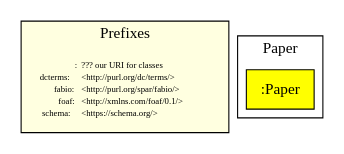
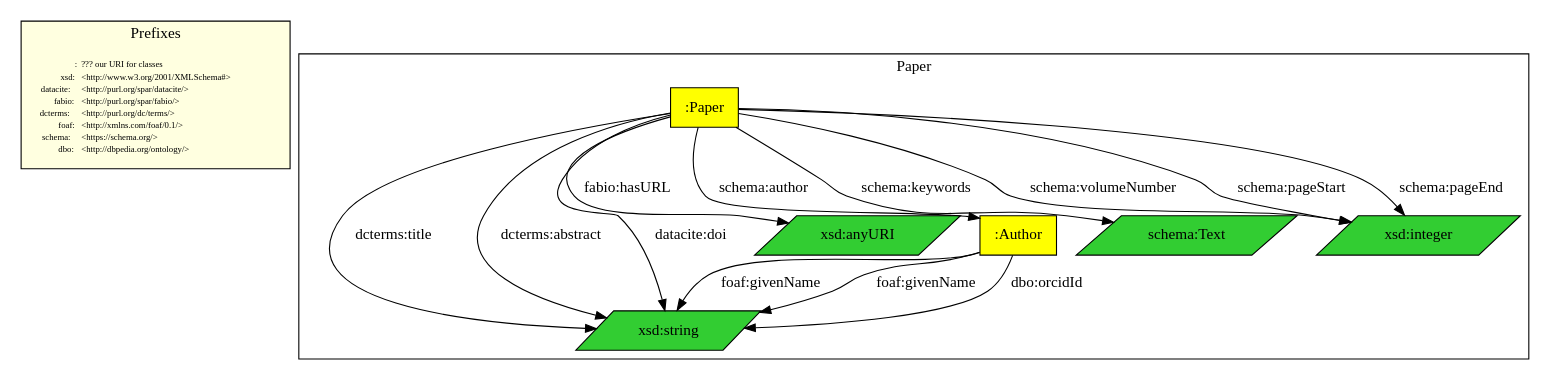
The diagram in ontology_model.gv (OpenCS-ontology/scpe-archives-scraper), drawn with Graphviz before and after one commit. The commit also changed 3 other files, not shown here.

```diff
--- a/ontology_model.gv
+++ b/ontology_model.gv
@@ -1,39 +1,88 @@
-# Docs: https://graphviz.org/documentation/
-# Online renderer: http://viz-js.com/
-
 digraph SCPE_Onto {
     subgraph cluster_prefixes {
         node [shape=none];
         prefixes [label=<<FONT POINT-SIZE="8">
 <TABLE BORDER="0" CELLSPACING="0" CELLPADDING="1">
     <TR>
         <TD ALIGN="right">:</TD>
         <TD ALIGN="left">??? our URI for classes</TD>
     </TR>
     <TR>
-        <TD ALIGN="right">dcterms:</TD>
-        <TD ALIGN="left">&lt;http://purl.org/dc/terms/&gt;</TD>
+        <TD ALIGN="right">xsd:</TD>
+        <TD ALIGN="left">&lt;http://www.w3.org/2001/XMLSchema#&gt;</TD>
+    </TR>
+    <TR>
+        <TD ALIGN="right">datacite:</TD>
+        <TD ALIGN="left">&lt;http://purl.org/spar/datacite/&gt;</TD>
     </TR>
     <TR>
         <TD ALIGN="right">fabio:</TD>
         <TD ALIGN="left">&lt;http://purl.org/spar/fabio/&gt;</TD>
+    </TR>
+    <TR>
+        <TD ALIGN="right">dcterms:</TD>
+        <TD ALIGN="left">&lt;http://purl.org/dc/terms/&gt;</TD>
     </TR>
     <TR>
         <TD ALIGN="right">foaf:</TD>
         <TD ALIGN="left">&lt;http://xmlns.com/foaf/0.1/&gt;</TD>
     </TR>
     <TR>
         <TD ALIGN="right">schema:</TD>
         <TD ALIGN="left">&lt;https://schema.org/&gt;</TD>
     </TR>
+    <TR>
+        <TD ALIGN="right">dbo:</TD>
+        <TD ALIGN="left">&lt;http://dbpedia.org/ontology/&gt;</TD>
+    </TR>
+
+    <!--
+    <TR>
+        <TD ALIGN="right">rdfs:</TD>
+        <TD ALIGN="left">&lt;http://www.w3.org/2000/01/rdf-schema#&gt;</TD>
+    </TR>
+    <TR>
+        <TD ALIGN="right">owl:</TD>
+        <TD ALIGN="left">&lt;http://www.w3.org/2002/07/owl#&gt;</TD>
+    </TR>
+    -->
 </TABLE></FONT>>];
         label = Prefixes;
         style = filled
         fillcolor = lightyellow;
     }
 
     subgraph cluster_paper {
+        label = "Paper";
+        node [shape=parallelogram, fillcolor=limegreen, style=filled];
+        edge [shape=onormal];
+
         ":Paper" [shape=box, fillcolor=yellow, style=filled];
-        label = "Paper";
+        #"schema:CreativeWork" [shape=box, fillcolor=white];
+        #":Paper" -> "schema:CreativeWork" [label="owl:sameAs"];
+
+        ":Paper" -> "xsd:string" [label="dcterms:title"];
+        ":Paper" -> "xsd:string" [label="dcterms:abstract"];
+
+        ":Paper" -> "xsd:string" [label="datacite:doi"];
+        ":Paper" -> "xsd:anyURI" [label="fabio:hasURL"];
+
+        ":Paper" -> ":Author" [label="schema:author", shape=normal];
+        ":Paper" -> "schema:Text" [label="schema:keywords"];
+        ":Paper" -> "xsd:integer" [label="schema:volumeNumber"];
+        ":Paper" -> "xsd:integer" [label="schema:pageStart"];
+        ":Paper" -> "xsd:integer" [label="schema:pageEnd"];
+    }
+
+    subgraph cluster_author {
+        label = "Author";
+        node [shape=parallelogram, fillcolor=limegreen, style=filled];
+        edge [shape=onormal];
+
+        ":Author" [shape=box, fillcolor=yellow, style=filled];
+
+        ":Author" -> "xsd:string" [label="foaf:givenName"];
+        ":Author" -> "xsd:string" [label="foaf:givenName"];
+        ":Author" -> "xsd:string" [label="dbo:orcidId"];
     }
 }
```
